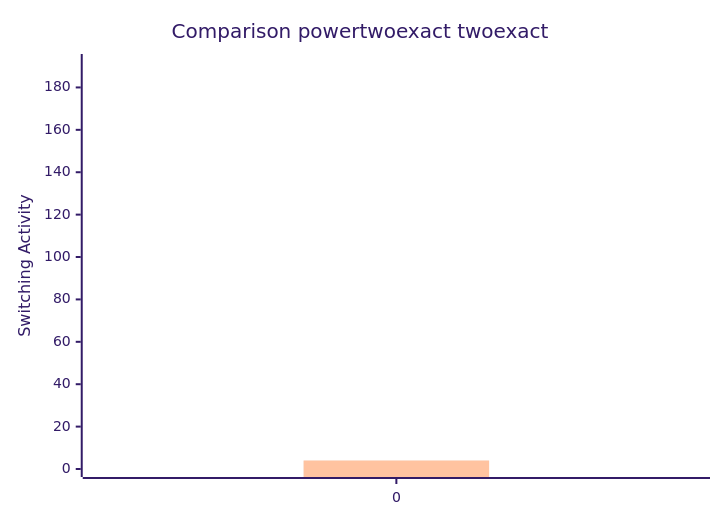
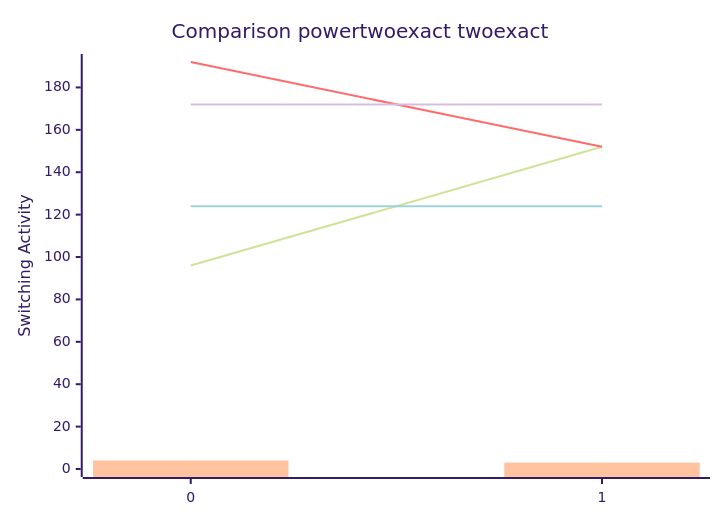
The diagram in benchmark.md (FeldmeierMichael/Exact-Power-Synthesis), drawn with Mermaid (forest theme) before and after one commit. The commit also changed other lines of this file and 2 other files, not shown here.

````diff
--- a/benchmark.md
+++ b/benchmark.md
@@ -3,12 +5,12 @@
 ```mermaid
 xychart-beta
     title "Comparison powertwoexact twoexact"
-    x-axis [0]
+    x-axis [0, 1]
     y-axis "Switching Activity" 0-->192
-    line [96]
-    line [192]
-    line [96.0]
-    line [192.0]
-    bar [4, 4, 4, 4, 4, 4, 4, 4, 4, 4, 4, 4, 4, 4, 4, 4, 4, 4, 4, 4]
-    bar [4, 4, 4, 4, 4, 4, 4, 4, 4, 4, 4, 4, 4, 4, 4, 4, 4, 4, 4, 4]
+    line [96, 152]
+    line [192, 152]
+    line [124.0, 124.0]
+    line [172.0, 172.0]
+    bar [4, 3, 4, 3, 4, 3, 4, 3, 4, 3, 4, 3, 4, 3, 4, 3, 4, 3, 4, 3, 4, 3, 4, 3, 4, 3, 4, 3, 4, 3, 4, 3, 4, 3, 4, 3, 4, 3, 4, 3]
+    bar [4, 3, 4, 3, 4, 3, 4, 3, 4, 3, 4, 3, 4, 3, 4, 3, 4, 3, 4, 3, 4, 3, 4, 3, 4, 3, 4, 3, 4, 3, 4, 3, 4, 3, 4, 3, 4, 3, 4, 3]
 ```
````
